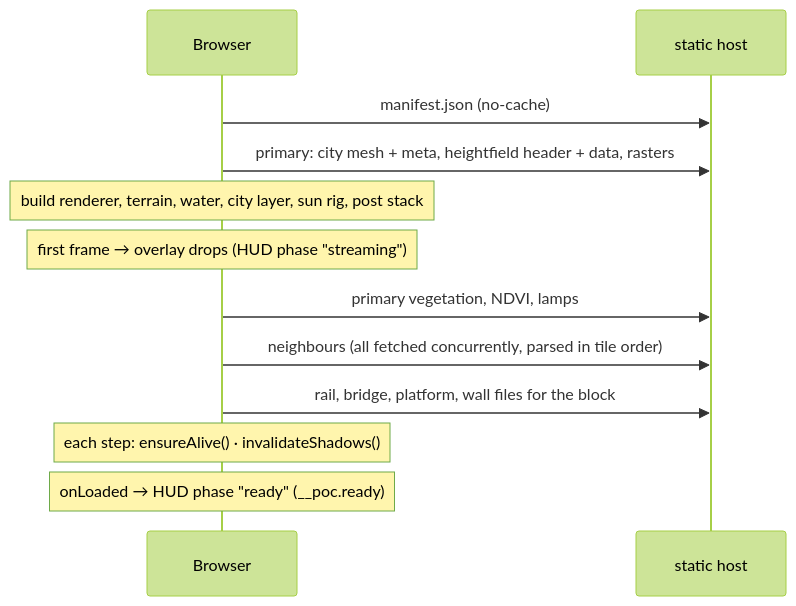
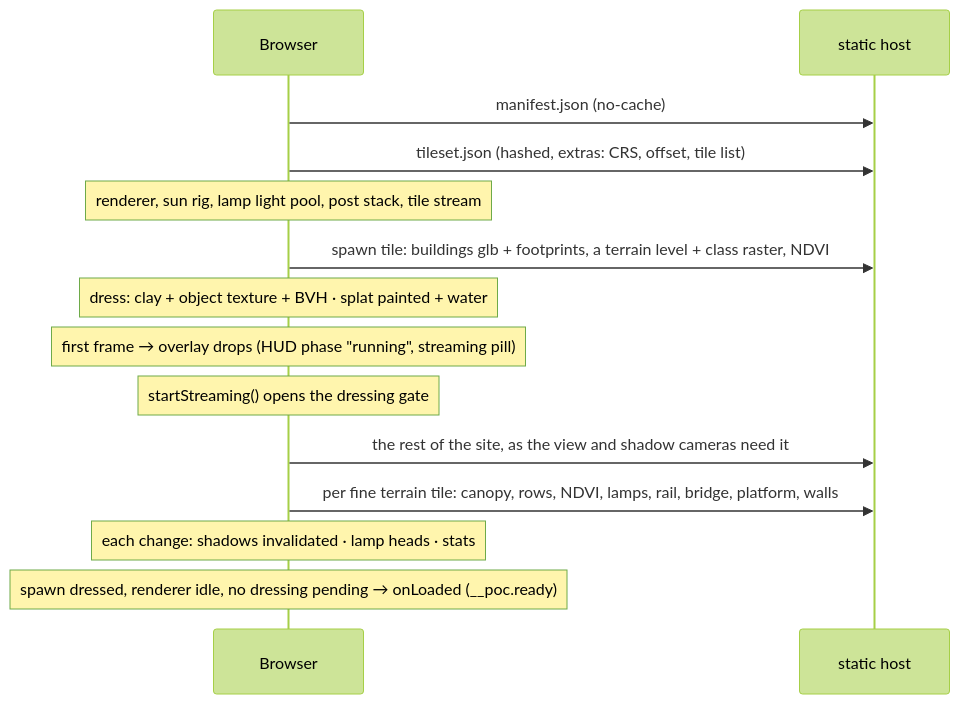
Before and after one commit to mdugue/bridge: the second of 2 diagrams in docs/rendering.md, drawn with Mermaid (forest theme). The commit also changed other lines of this file and 9 other files, not shown here.

````diff
--- a/docs/rendering.md
+++ b/docs/rendering.md
@@ -149,14 +210,16 @@
 ```mermaid
 sequenceDiagram
   participant B as Browser
   participant S as static host
   B->>S: manifest.json (no-cache)
-  B->>S: primary: city mesh + meta, heightfield header + data, rasters
-  Note over B: build renderer, terrain, water, city layer, sun rig, post stack
-  Note over B: first frame → overlay drops (HUD phase "streaming")
-  B->>S: primary vegetation, NDVI, lamps
-  B->>S: neighbours (all fetched concurrently, parsed in tile order)
-  B->>S: rail, bridge, platform, wall files for the block
-  Note over B: each step: ensureAlive() · invalidateShadows()
-  Note over B: onLoaded → HUD phase "ready" (__poc.ready)
+  B->>S: tileset.json (hashed, extras: CRS, offset, tile list)
+  Note over B: renderer, sun rig, lamp light pool, post stack, tile stream
+  B->>S: spawn tile: buildings glb + footprints, a terrain level + class raster, NDVI
+  Note over B: dress: clay + object texture + BVH · splat painted + water
+  Note over B: first frame → overlay drops (HUD phase "running", streaming pill)
+  Note over B: startStreaming() opens the dressing gate
+  B->>S: the rest of the site, as the view and shadow cameras need it
+  B->>S: per fine terrain tile: canopy, rows, NDVI, lamps, rail, bridge, platform, walls
+  Note over B: each change: shadows invalidated · lamp heads · stats
+  Note over B: spawn dressed, renderer idle, no dressing pending → onLoaded (__poc.ready)
 ```
````
